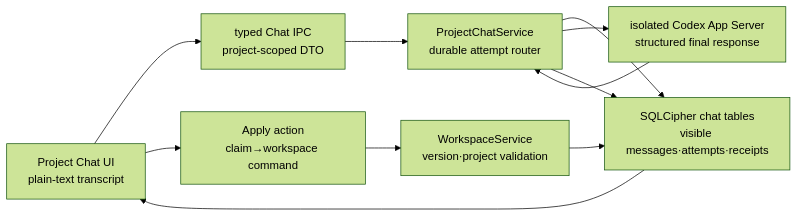
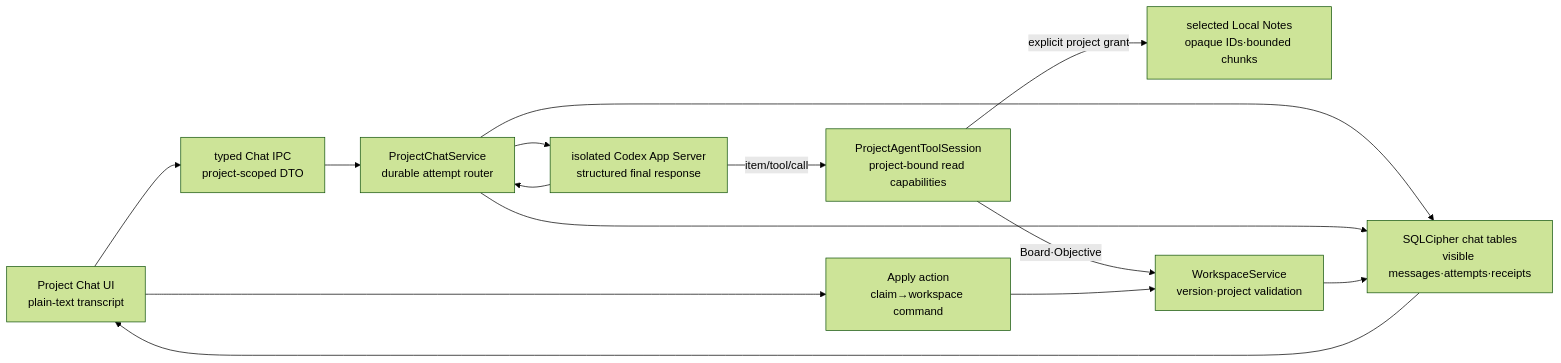
Before and after one commit to gli-minsuk-shin/GOSU: the fifth of 6 diagrams in docs/ARCHITECTURE.md, drawn with Mermaid (forest theme). The commit also changed other lines of this file and 33 other files, not shown here.

Commit message:
feat(desktop): let project chat read authorized workspace context (#21)

````diff
--- a/docs/ARCHITECTURE.md
+++ b/docs/ARCHITECTURE.md
@@ -396,17 +429,22 @@
 ```mermaid
 flowchart LR
   ChatUI["Project Chat UI\nplain-text transcript"]
   ChatIPC["typed Chat IPC\nproject-scoped DTO"]
   ChatService["ProjectChatService\ndurable attempt router"]
+  ToolGateway["ProjectAgentToolSession\nproject-bound read capabilities"]
   Codex["isolated Codex App Server\nstructured final response"]
+  Vault["selected Local Notes\nopaque IDs·bounded chunks"]
   ChatDB["SQLCipher chat tables\nvisible messages·attempts·receipts"]
   Approval["Apply action\nclaim→workspace command"]
   Workspace["WorkspaceService\nversion·project validation"]
 
   ChatUI --> ChatIPC --> ChatService --> ChatDB
   ChatService --> Codex
+  Codex -->|"item/tool/call"| ToolGateway
+  ToolGateway -->|"Board·Objective"| Workspace
+  ToolGateway -->|"explicit project grant"| Vault
   Codex --> ChatService --> ChatDB
   ChatDB --> ChatUI
   ChatUI --> Approval --> Workspace
   Workspace --> ChatDB
 ```
````
